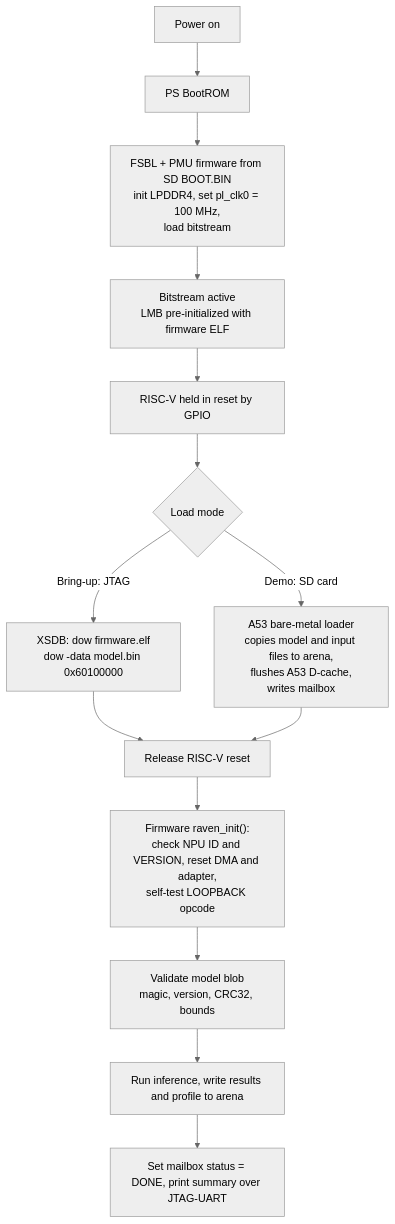
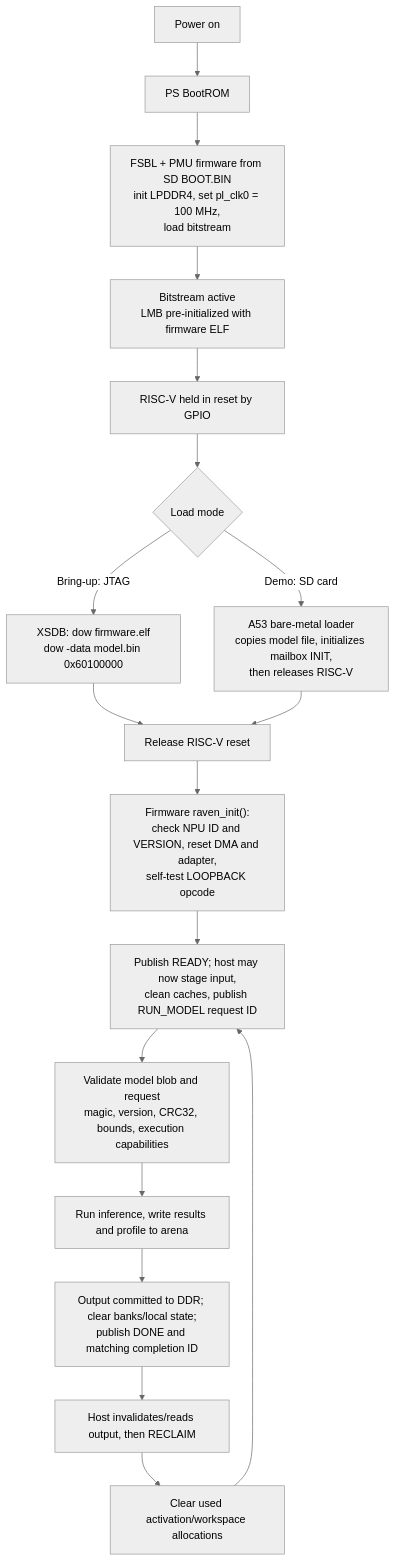
One commit to michaelgirg/raven changed the second of 8 diagrams in docs/RISCV_Research.md. Above: the diagram before and after it, drawn with Mermaid (neutral theme). The commit also changed other lines of this file, not shown here.

Commit message:
feat: update RISC-V control and runtime research

````diff
--- a/docs/RISCV_Research.md
+++ b/docs/RISCV_Research.md
@@ -324,16 +324,20 @@
 ```mermaid
 flowchart TB
     P["Power on"] --> BR["PS BootROM"]
     BR --> FSBL["FSBL + PMU firmware from SD BOOT.BIN<br/>init LPDDR4, set pl_clk0 = 100 MHz,<br/>load bitstream"]
     FSBL --> BIT["Bitstream active<br/>LMB pre-initialized with firmware ELF"]
     BIT --> HOLD["RISC-V held in reset by GPIO"]
     HOLD --> LOAD{"Load mode"}
     LOAD -->|"Bring-up: JTAG"| XSDB["XSDB: dow firmware.elf<br/>dow -data model.bin 0x60100000"]
-    LOAD -->|"Demo: SD card"| A53L["A53 bare-metal loader<br/>copies model and input files to arena,<br/>flushes A53 D-cache,<br/>writes mailbox"]
+    LOAD -->|"Demo: SD card"| A53L["A53 bare-metal loader<br/>copies model file, initializes mailbox INIT,<br/>then releases RISC-V"]
     XSDB --> REL["Release RISC-V reset"]
     A53L --> REL
     REL --> INIT["Firmware raven_init():<br/>check NPU ID and VERSION, reset DMA and adapter,<br/>self-test LOOPBACK opcode"]
-    INIT --> MB["Validate model blob<br/>magic, version, CRC32, bounds"]
+    INIT --> READY["Publish READY; host may now stage input,<br/>clean caches, publish RUN_MODEL request ID"]
+    READY --> MB["Validate model blob and request<br/>magic, version, CRC32, bounds, execution capabilities"]
     MB --> RUN["Run inference, write results and profile to arena"]
-    RUN --> DONE["Set mailbox status = DONE, print summary over JTAG-UART"]
+    RUN --> DONE["Output committed to DDR; clear banks/local state;<br/>publish DONE and matching completion ID"]
+    DONE --> ACK["Host invalidates/reads output, then RECLAIM"]
+    ACK --> CLEAR["Clear used activation/workspace allocations"]
+    CLEAR --> READY
 ```
````
